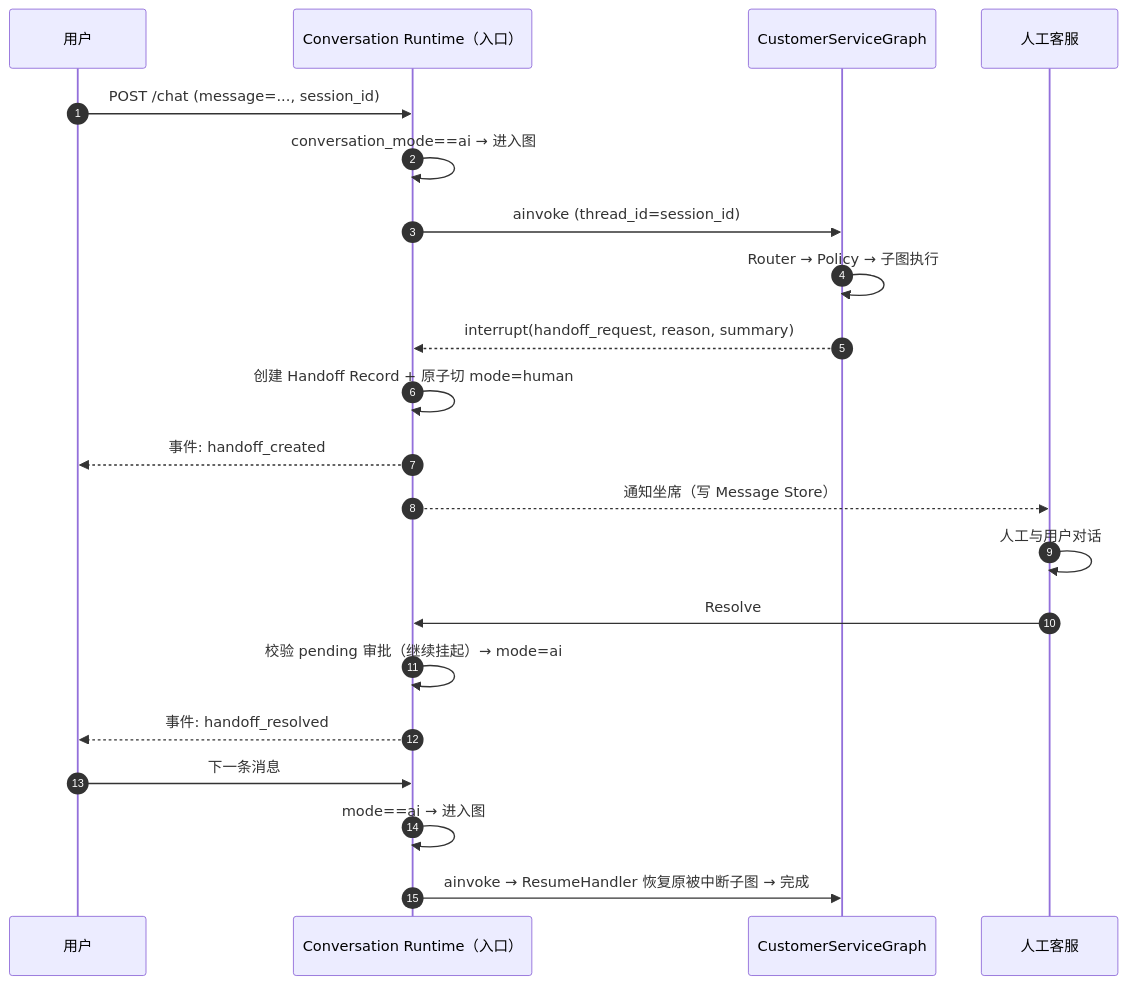
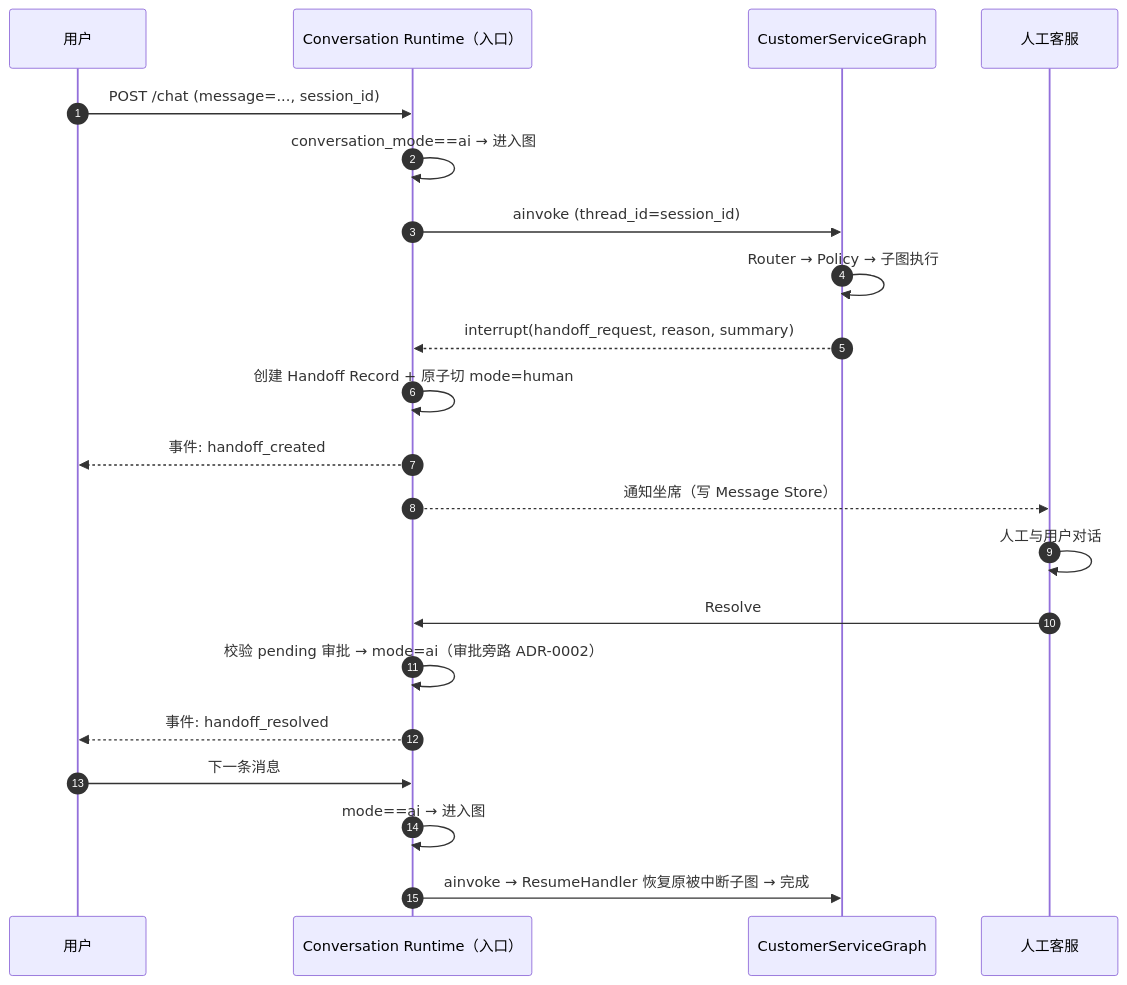
Before and after one commit to wlyqiqi/ai-service-agent: the third of 3 diagrams in AI Service Agent/docs/diagrams/interrupt-resume-sequence.md, drawn with Mermaid. The commit also changed other lines of this file and 10 other files, not shown here.

First line of the commit message:
docs: mark pending-approval destiny superseded by ADR-0002

````diff
--- a/AI Service Agent/docs/diagrams/interrupt-resume-sequence.md
+++ b/AI Service Agent/docs/diagrams/interrupt-resume-sequence.md
@@ -68,24 +68,24 @@
 ```mermaid
 sequenceDiagram
     autonumber
     participant U as 用户
     participant C as Conversation Runtime（入口）
     participant G as CustomerServiceGraph
     participant H as 人工客服
 
     U->>C: POST /chat (message=..., session_id)
     C->>C: conversation_mode==ai → 进入图
     C->>G: ainvoke (thread_id=session_id)
     G->>G: Router → Policy → 子图执行
     G-->>C: interrupt(handoff_request, reason, summary)
     C->>C: 创建 Handoff Record + 原子切 mode=human
     C-->>U: 事件: handoff_created
     C-->>H: 通知坐席（写 Message Store）
     H->>H: 人工与用户对话
     H->>C: Resolve
-    C->>C: 校验 pending 审批（继续挂起）→ mode=ai
+    C->>C: 校验 pending 审批 → mode=ai（审批旁路 ADR-0002）
     C-->>U: 事件: handoff_resolved
     U->>C: 下一条消息
     C->>C: mode==ai → 进入图
     C->>G: ainvoke → ResumeHandler 恢复原被中断子图 → 完成
 ```
````
